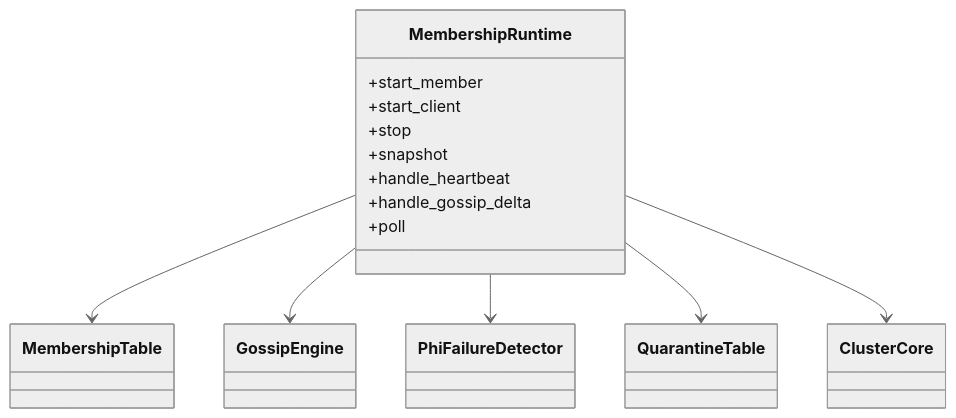
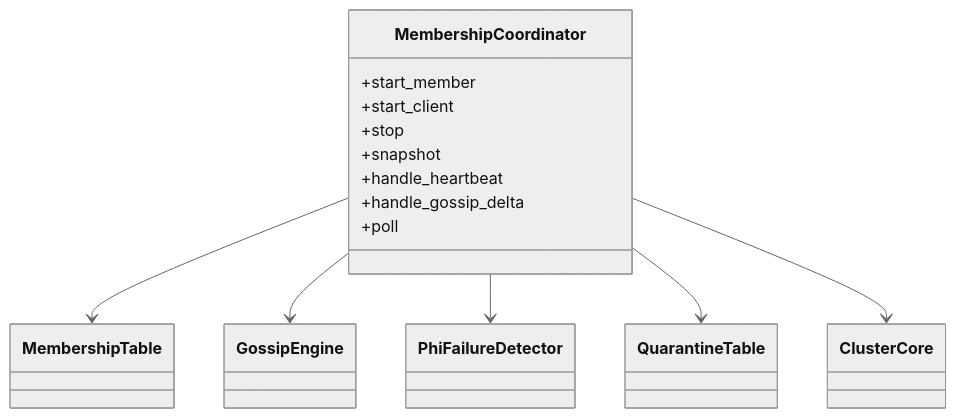
The fourth of 5 diagrams in .kiro/specs/cluster-membership-gossip-topology/design.md (j5ik2o/fraktor-rs), drawn with Mermaid (neutral theme) before and after one commit. The commit also changed other lines of this file, not shown here.

Commit message:
feat: rename MembershipRuntime to MembershipCoordinator for clarity and consistency

````diff
--- a/.kiro/specs/cluster-membership-gossip-topology/design.md
+++ b/.kiro/specs/cluster-membership-gossip-topology/design.md
@@ -215,23 +215,23 @@
 ```mermaid
 classDiagram
-  class MembershipRuntime {
+  class MembershipCoordinator {
     +start_member
     +start_client
     +stop
     +snapshot
     +handle_heartbeat
     +handle_gossip_delta
     +poll
   }
   class MembershipTable
   class GossipEngine
   class PhiFailureDetector
   class QuarantineTable
   class ClusterCore
 
-  MembershipRuntime --> MembershipTable
-  MembershipRuntime --> GossipEngine
-  MembershipRuntime --> PhiFailureDetector
-  MembershipRuntime --> QuarantineTable
-  MembershipRuntime --> ClusterCore
+  MembershipCoordinator --> MembershipTable
+  MembershipCoordinator --> GossipEngine
+  MembershipCoordinator --> PhiFailureDetector
+  MembershipCoordinator --> QuarantineTable
+  MembershipCoordinator --> ClusterCore
 ```
````
